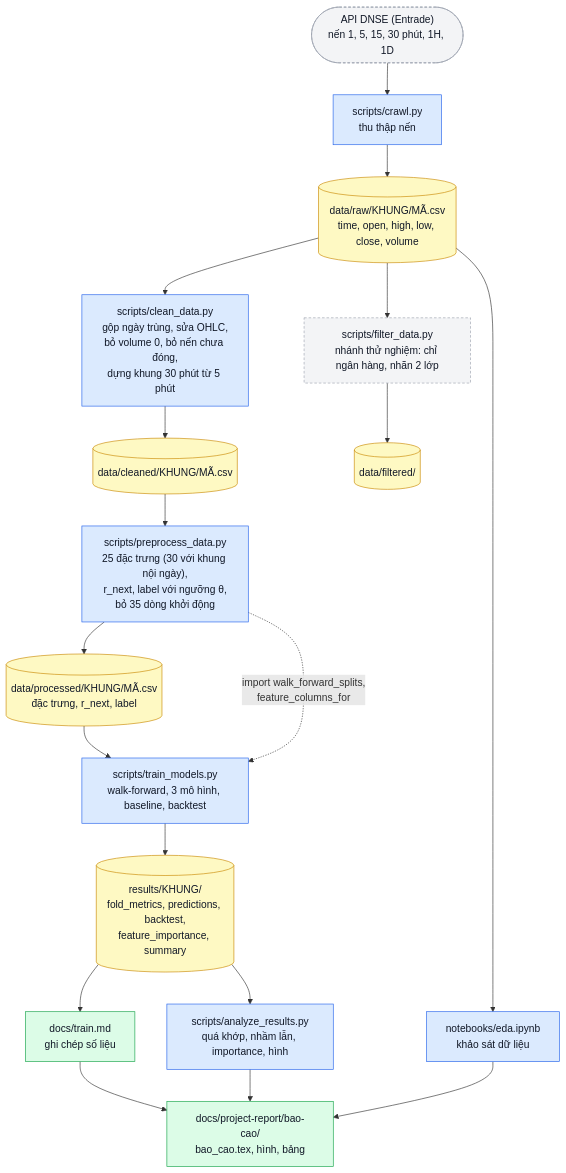
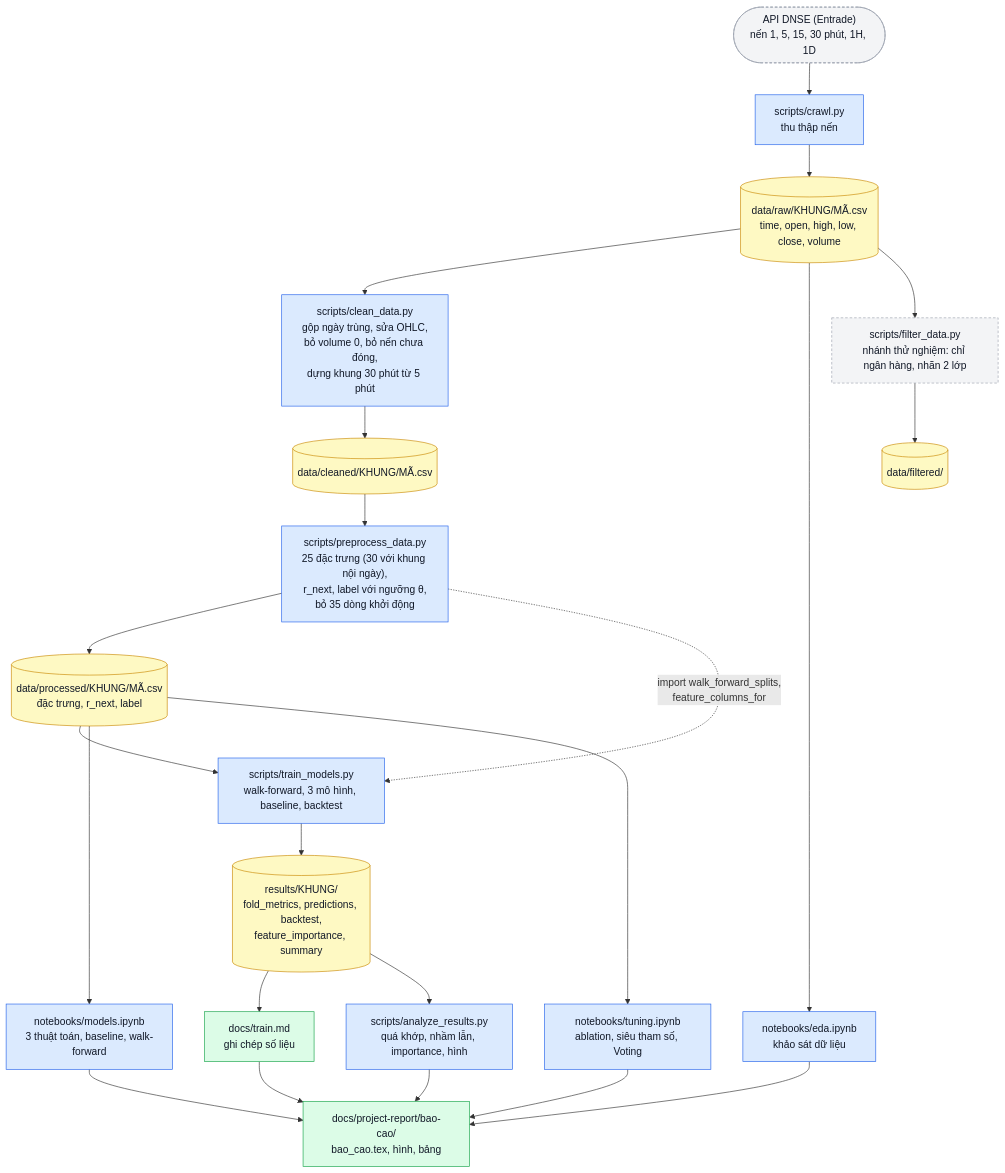
Before and after one commit to ductoan10th11/stock: the first of 4 diagrams in docs/idea.md, drawn with Mermaid. The commit also changed 165 other files, not shown here.

````diff
--- a/docs/idea.md
+++ b/docs/idea.md
@@ -34,39 +34,43 @@
 ```mermaid
 flowchart TD
     API(["API DNSE (Entrade)<br/>nến 1, 5, 15, 30 phút, 1H, 1D"])
 
     crawl["scripts/crawl.py<br/>thu thập nến"]
     raw[("data/raw/KHUNG/MÃ.csv<br/>time, open, high, low, close, volume")]
 
     clean["scripts/clean_data.py<br/>gộp ngày trùng, sửa OHLC,<br/>bỏ volume 0, bỏ nến chưa đóng,<br/>dựng khung 30 phút từ 5 phút"]
     cleaned[("data/cleaned/KHUNG/MÃ.csv")]
 
     prep["scripts/preprocess_data.py<br/>25 đặc trưng (30 với khung nội ngày),<br/>r_next, label với ngưỡng θ,<br/>bỏ 35 dòng khởi động"]
     processed[("data/processed/KHUNG/MÃ.csv<br/>đặc trưng, r_next, label")]
 
     train["scripts/train_models.py<br/>walk-forward, 3 mô hình, baseline, backtest"]
     analyze["scripts/analyze_results.py<br/>quá khớp, nhầm lẫn, importance, hình"]
     results[("results/KHUNG/<br/>fold_metrics, predictions, backtest,<br/>feature_importance, summary")]
 
     eda["notebooks/eda.ipynb<br/>khảo sát dữ liệu"]
+    nbm["notebooks/models.ipynb<br/>3 thuật toán, baseline, walk-forward"]
+    nbt["notebooks/tuning.ipynb<br/>ablation, siêu tham số, Voting"]
     filt["scripts/filter_data.py<br/>nhánh thử nghiệm: chỉ ngân hàng, nhãn 2 lớp"]
     filtered[("data/filtered/")]
 
     docs["docs/train.md<br/>ghi chép số liệu"]
     report["docs/project-report/bao-cao/<br/>bao_cao.tex, hình, bảng"]
 
     API --> crawl --> raw --> clean --> cleaned --> prep --> processed --> train --> results --> docs --> report
     results --> analyze --> report
     raw --> eda --> report
+    processed --> nbm --> report
+    processed --> nbt --> report
     raw --> filt --> filtered
     prep -. "import walk_forward_splits,<br/>feature_columns_for" .-> train
 
     classDef code fill:#dbeafe,stroke:#2563eb,color:#111827
     classDef data fill:#fef9c3,stroke:#ca8a04,color:#111827
     classDef out fill:#dcfce7,stroke:#16a34a,color:#111827
     classDef side fill:#f3f4f6,stroke:#9ca3af,stroke-dasharray:4 3,color:#111827
-    class crawl,clean,prep,train,analyze,eda code
+    class crawl,clean,prep,train,analyze,eda,nbm,nbt code
     class raw,cleaned,processed,results,filtered data
     class docs,report out
     class filt,API side
 ```
````
